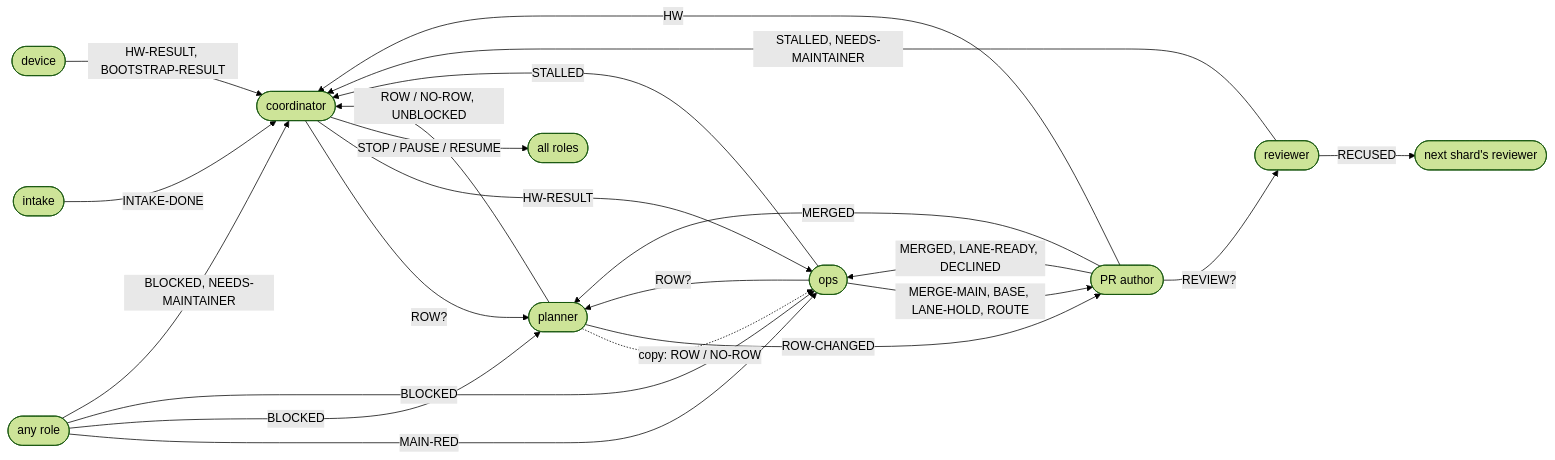
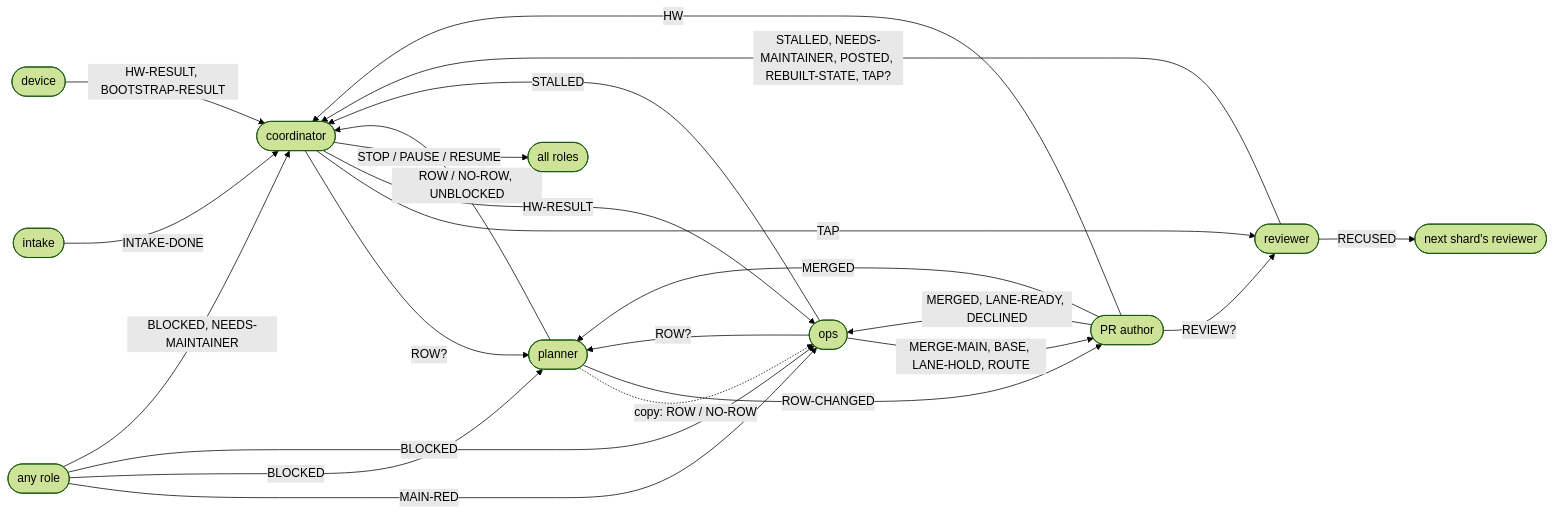
Before and after one commit to jeffmhopkins/template: the second of 2 diagrams in docs/agents/README.md, drawn with Mermaid (forest theme). The commit also changed other lines of this file and 8 other files, not shown here.

````diff
--- a/docs/agents/README.md
+++ b/docs/agents/README.md
@@ -77,24 +77,25 @@
 ```mermaid
 flowchart LR
     intake([intake]) -->|INTAKE-DONE| coord([coordinator])
     coord -->|"ROW?"| planner([planner])
     ops([ops]) -->|"ROW?"| planner
     planner -->|"ROW / NO-ROW, UNBLOCKED"| coord
     planner -.->|"copy: ROW / NO-ROW"| ops
     planner -->|ROW-CHANGED| author([PR author])
     author -->|MERGED| planner
     author -->|"MERGED, LANE-READY, DECLINED"| ops
     author -->|"REVIEW?"| reviewer([reviewer])
     author -->|HW| coord
     reviewer -->|"RECUSED"| next([next shard's reviewer])
-    reviewer -->|"STALLED, NEEDS-MAINTAINER"| coord
+    reviewer -->|"STALLED, NEEDS-MAINTAINER, POSTED, REBUILT-STATE, TAP?"| coord
+    coord -->|TAP| reviewer
     ops -->|STALLED| coord
     ops -->|"MERGE-MAIN, BASE, LANE-HOLD, ROUTE"| author
     any([any role]) -->|MAIN-RED| ops
     device([device]) -->|"HW-RESULT, BOOTSTRAP-RESULT"| coord
     coord -->|HW-RESULT| ops
     any -->|BLOCKED| planner
     any -->|BLOCKED| ops
     any -->|"BLOCKED, NEEDS-MAINTAINER"| coord
     coord -->|"STOP / PAUSE / RESUME"| all([all roles])
 ```
````
